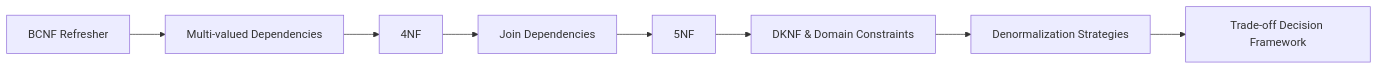
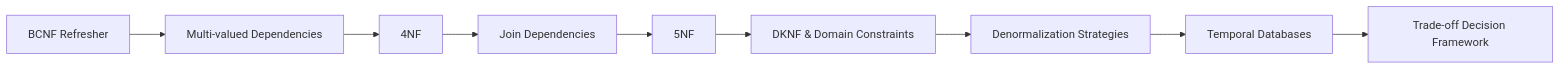
The first of 2 diagrams in docs/courses/database-management-systems/08-higher-nf.md (Raushan666java/ai-engineering-journey), drawn with Mermaid before and after one commit. The commit also changed other lines of this file and 18 other files, not shown here.

````diff
--- a/docs/courses/database-management-systems/08-higher-nf.md
+++ b/docs/courses/database-management-systems/08-higher-nf.md
@@ -25,10 +27,11 @@
 ```mermaid
 flowchart LR
     A[BCNF Refresher] --> B[Multi-valued Dependencies]
     B --> C[4NF]
     C --> D[Join Dependencies]
     D --> E[5NF]
     E --> F[DKNF & Domain Constraints]
     F --> G[Denormalization Strategies]
-    G --> H[Trade-off Decision Framework]
+    G --> H[Temporal Databases]
+    H --> I[Trade-off Decision Framework]
 ```
````
